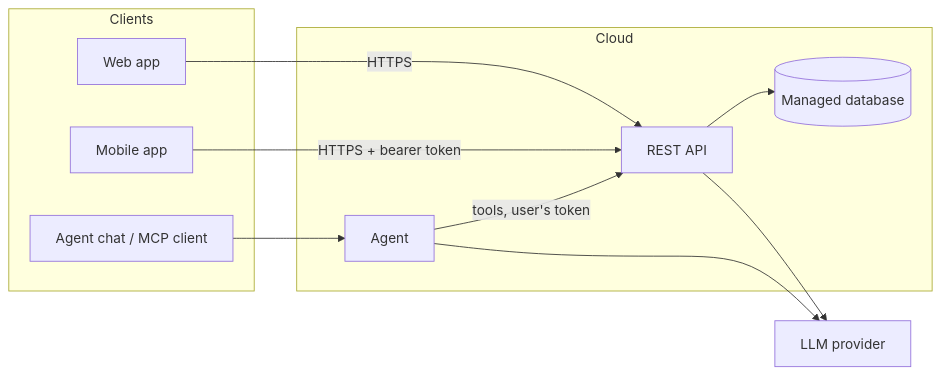
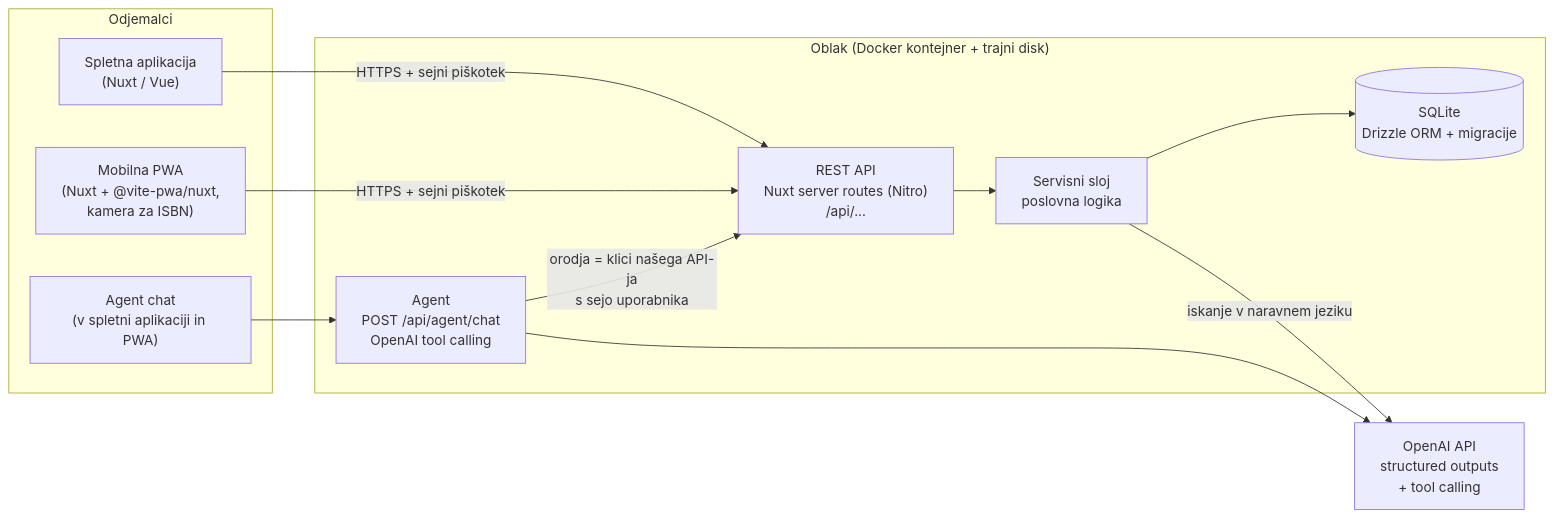
Before and after one commit to simonjerina/is-knjiznica: the first of 2 diagrams in docs/architecture.md, drawn with Mermaid. The commit also changed other lines of this file and 4 other files, not shown here.

````diff
--- a/docs/architecture.md
+++ b/docs/architecture.md
@@ -5,22 +7,24 @@
 ```mermaid
 flowchart LR
-    subgraph Clients
-        Web[Web app]
-        Mobile[Mobile app]
-        AgentUI[Agent chat / MCP client]
+    subgraph Odjemalci
+        Web["Spletna aplikacija<br/>(Nuxt / Vue)"]
+        PWA["Mobilna PWA<br/>(Nuxt + @vite-pwa/nuxt,<br/>kamera za ISBN)"]
+        Chat["Agent chat<br/>(v spletni aplikaciji in PWA)"]
     end
-    subgraph Cloud
-        API[REST API]
-        Agent[Agent]
-        DB[(Managed database)]
+    subgraph Oblak["Oblak (Docker kontejner + trajni disk)"]
+        API["REST API<br/>Nuxt server routes (Nitro)<br/>/api/..."]
+        Svc["Servisni sloj<br/>poslovna logika"]
+        Agent["Agent<br/>POST /api/agent/chat<br/>OpenAI tool calling"]
+        DB[("SQLite<br/>Drizzle ORM + migracije")]
     end
-    LLM[LLM provider]
+    LLM["OpenAI API<br/>structured outputs<br/>+ tool calling"]
 
-    Web -->|HTTPS| API
-    Mobile -->|HTTPS + bearer token| API
-    AgentUI --> Agent
-    Agent -->|tools, user's token| API
+    Web -->|HTTPS + sejni piškotek| API
+    PWA -->|HTTPS + sejni piškotek| API
+    Chat --> Agent
+    Agent -->|orodja = klici našega API-ja<br/>s sejo uporabnika| API
     Agent --> LLM
-    API --> DB
-    API --> LLM
+    API --> Svc
+    Svc --> DB
+    Svc -->|iskanje v naravnem jeziku| LLM
 ```
````
